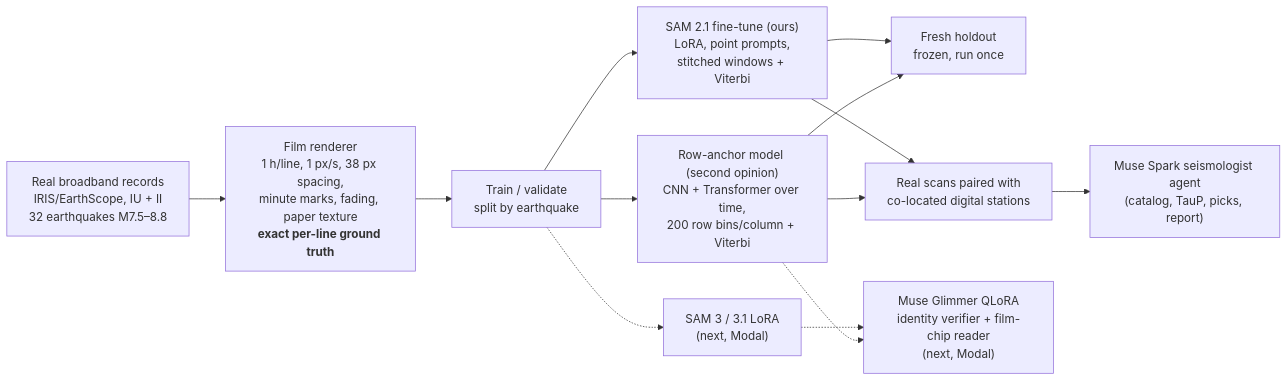
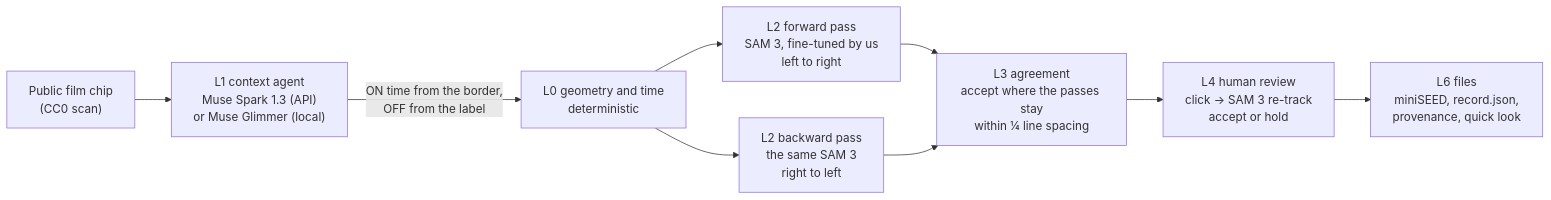
Before and after one commit to smpark00/seismorescue: the diagram in README.md, drawn with Mermaid. The commit also changed other lines of this file and 1 other file, not shown here.

````diff
--- a/README.md
+++ b/README.md
@@ -150,15 +86,11 @@
 ```mermaid
 flowchart LR
-  W["Real broadband records<br/>IRIS/EarthScope, IU + II<br/>32 earthquakes M7.5–8.8"] --> R["Film renderer<br/>1 h/line, 1 px/s, 38 px spacing,<br/>minute marks, fading, paper texture<br/><b>exact per-line ground truth</b>"]
-  R --> T["Train / validate<br/>split by earthquake"]
-  T --> RA["Row-anchor model (second opinion)<br/>CNN + Transformer over time,<br/>200 row bins/column + Viterbi"]
-  T --> S["SAM 2.1 fine-tune (ours)<br/>LoRA, point prompts,<br/>stitched windows + Viterbi"]
-  RA --> H["Fresh holdout<br/>frozen, run once"]
-  S --> H
-  RA --> P["Real scans paired with<br/>co-located digital stations"]
-  S --> P
-  T -.-> S3["SAM 3 / 3.1 LoRA<br/>(next, Modal)"]
-  RA -.-> GL["Muse Glimmer QLoRA<br/>identity verifier + film-chip reader<br/>(next, Modal)"]
-  S3 -.-> GL
-  P --> SP["Muse Spark seismologist agent<br/>(catalog, TauP, picks, report)"]
+  C["Public film chip<br/>(CC0 scan)"] --> L1["L1 context agent<br/>Muse Spark 1.3 (API)<br/>or Muse Glimmer (local)"]
+  L1 -->|"ON time from the border,<br/>OFF from the label"| L0["L0 geometry and time<br/>deterministic"]
+  L0 --> A["L2 forward pass<br/>SAM 3, fine-tuned by us<br/>left to right"]
+  L0 --> B["L2 backward pass<br/>the same SAM 3<br/>right to left"]
+  A --> L3["L3 agreement<br/>accept where the passes stay<br/>within ¼ line spacing"]
+  B --> L3
+  L3 --> L4["L4 human review<br/>click → SAM 3 re-track<br/>accept or hold"]
+  L4 --> L6["L6 files<br/>miniSEED, record.json,<br/>provenance, quick look"]
 ```
````
